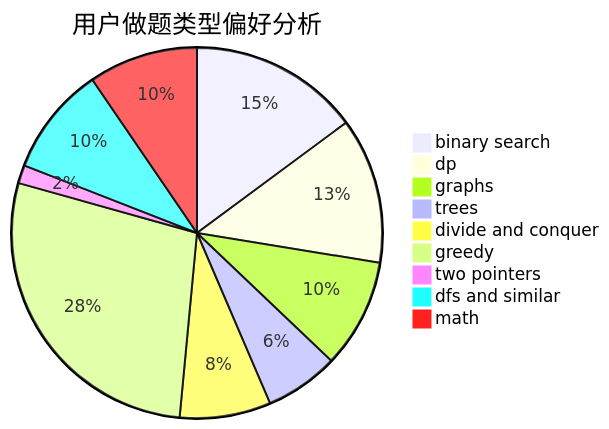
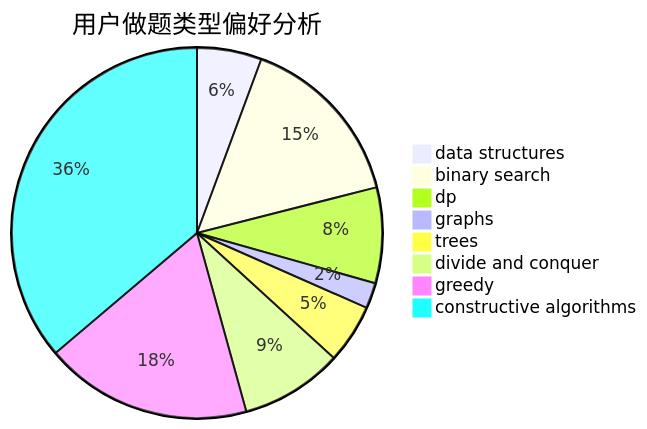
The second of 3 diagrams in docs/user/u267.md (sherpahu/cfrs.github.io), drawn with Mermaid before and after one commit. The commit also changed other lines of this file and 2775 other files, not shown here.

````diff
--- a/docs/user/u267.md
+++ b/docs/user/u267.md
@@ -23,12 +23,11 @@
 ```mermaid
 pie title 用户做题类型偏好分析
-    "binary search" :  159
-    "dp" :  136
-    "graphs" :  102
-    "trees" :  69
-    "divide and conquer" :  85
-    "greedy" :  298
-    "two pointers" :  17
-    "dfs and similar" :  102
-    "math" :  102
+    "data structures" :  48
+    "binary search" :  131
+    "dp" :  71
+    "graphs" :  19
+    "trees" :  44
+    "divide and conquer" :  76
+    "greedy" :  154
+    "constructive algorithms" :  308
 ```
````
